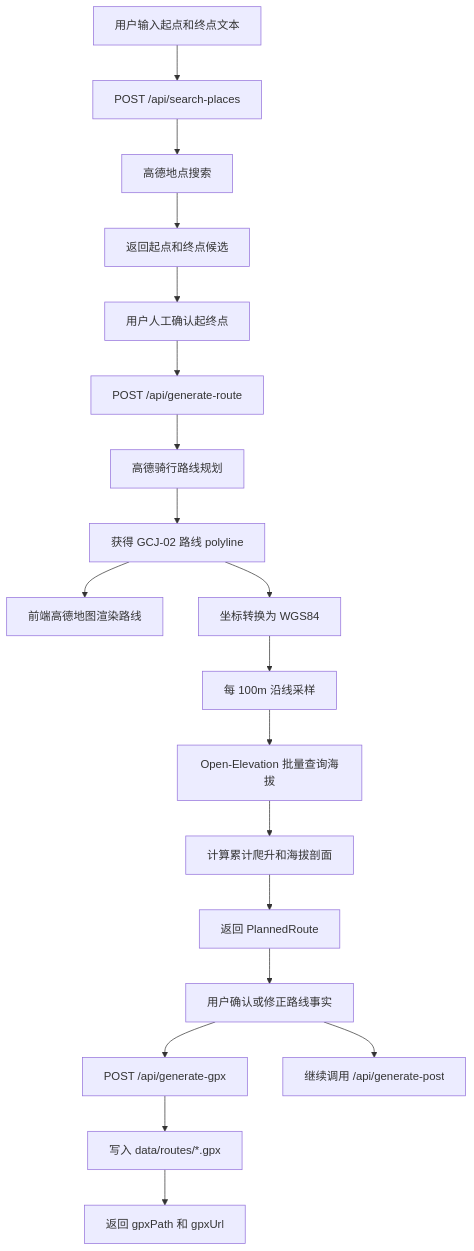
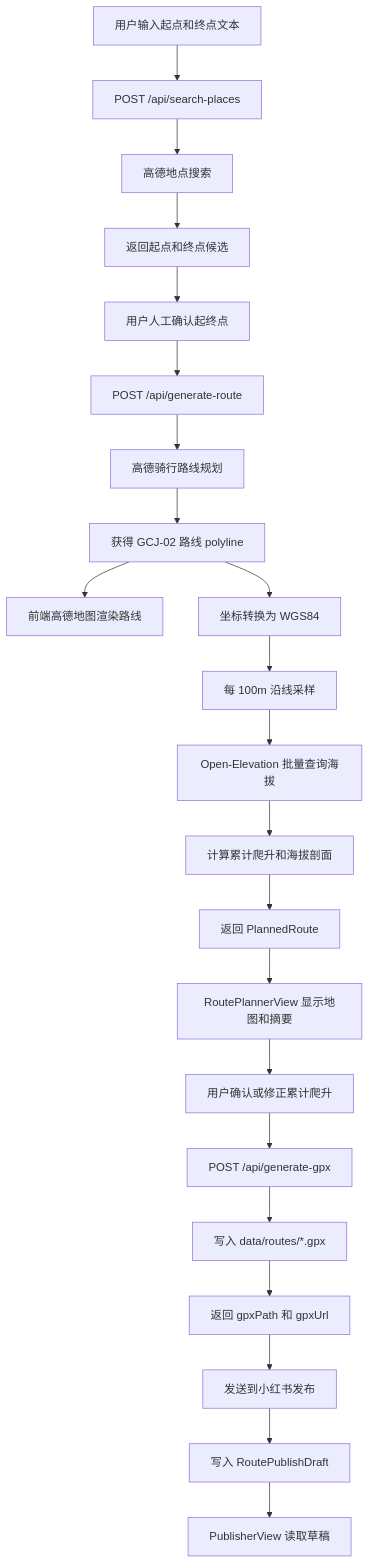
The second of 3 diagrams in docs/architecture-redesign-v2.0.md (BeenBeenBeen/cycling-route), drawn with Mermaid before and after one commit. The commit also changed other lines of this file and 2 other files, not shown here.

````diff
--- a/docs/architecture-redesign-v2.0.md
+++ b/docs/architecture-redesign-v2.0.md
@@ -174,21 +199,24 @@
 ```mermaid
 flowchart TD
   A[用户输入起点和终点文本] --> B[POST /api/search-places]
   B --> C[高德地点搜索]
   C --> D[返回起点和终点候选]
   D --> E[用户人工确认起终点]
   E --> F[POST /api/generate-route]
   F --> G[高德骑行路线规划]
   G --> H[获得 GCJ-02 路线 polyline]
   H --> I[前端高德地图渲染路线]
   H --> J[坐标转换为 WGS84]
   J --> K[每 100m 沿线采样]
   K --> L[Open-Elevation 批量查询海拔]
   L --> M[计算累计爬升和海拔剖面]
   M --> N[返回 PlannedRoute]
-  N --> O[用户确认或修正路线事实]
-  O --> P[POST /api/generate-gpx]
-  P --> Q[写入 data/routes/*.gpx]
-  Q --> R[返回 gpxPath 和 gpxUrl]
-  O --> S[继续调用 /api/generate-post]
+  N --> O[RoutePlannerView 显示地图和摘要]
+  O --> P[用户确认或修正累计爬升]
+  P --> Q[POST /api/generate-gpx]
+  Q --> R[写入 data/routes/*.gpx]
+  R --> S[返回 gpxPath 和 gpxUrl]
+  S --> T[发送到小红书发布]
+  T --> U[写入 RoutePublishDraft]
+  U --> V[PublisherView 读取草稿]
 ```
````
